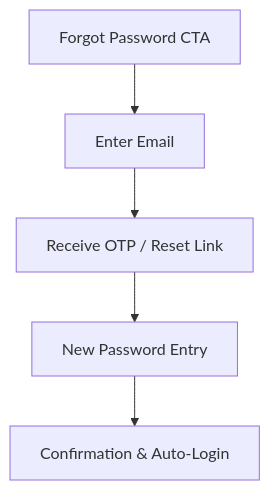
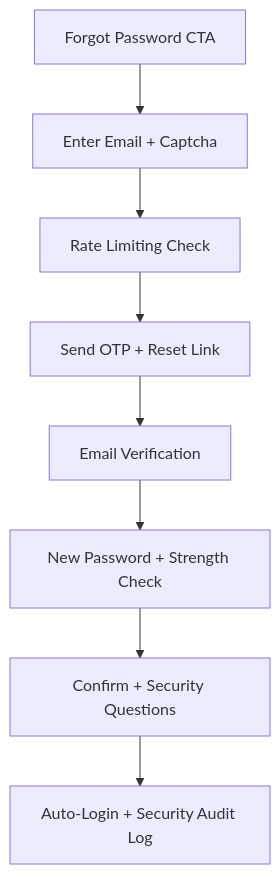
Before and after one commit to vedprakash-m/vigor: the seventh of 15 diagrams in docs/User_Experience.md, drawn with Mermaid. The commit also changed other lines of this file and 53 other files, not shown here.

````diff
--- a/docs/User_Experience.md
+++ b/docs/User_Experience.md
@@ -108,7 +243,10 @@
 ```mermaid
 flowchart TD
-  P1[Forgot Password CTA] --> P2[Enter Email]
-  P2 --> P3[Receive OTP / Reset Link]
-  P3 --> P4[New Password Entry]
-  P4 --> P5[Confirmation & Auto-Login]
+  P1[Forgot Password CTA] --> P2[Enter Email + Captcha]
+  P2 --> P3[Rate Limiting Check]
+  P3 --> P4[Send OTP + Reset Link]
+  P4 --> P5[Email Verification]
+  P5 --> P6[New Password + Strength Check]
+  P6 --> P7[Confirm + Security Questions]
+  P7 --> P8[Auto-Login + Security Audit Log]
 ```
````
